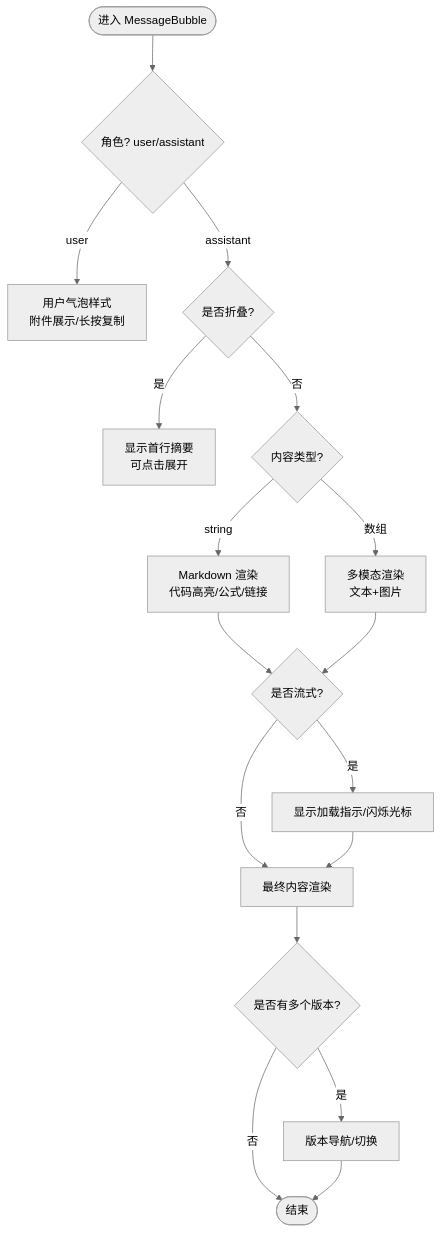
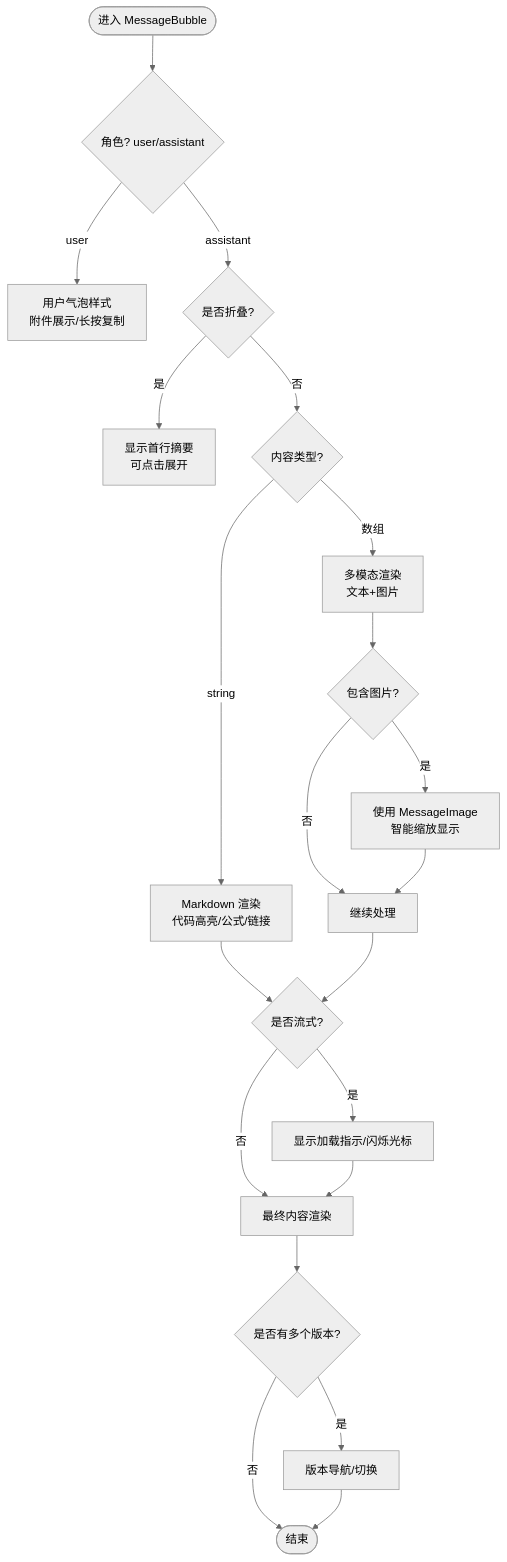
The fourth of 8 diagrams in .qoder/repowiki/zh/content/架构设计/组件架构设计/功能面板组件/聊天面板组件/消息渲染系统.md (billye220670/AIShop), drawn with Mermaid (neutral theme) before and after one commit. The commit also changed other lines of this file and 30 other files, not shown here.

Commit message:
docs: 同步 repowiki 知识库重组（图片压缩工具与消息渲染模块文档）

````diff
--- a/.qoder/repowiki/zh/content/架构设计/组件架构设计/功能面板组件/聊天面板组件/消息渲染系统.md
+++ b/.qoder/repowiki/zh/content/架构设计/组件架构设计/功能面板组件/聊天面板组件/消息渲染系统.md
@@ -187,19 +262,23 @@
 ```mermaid
 flowchart TD
 Start(["进入 MessageBubble"]) --> Role{"角色? user/assistant"}
 Role --> |user| UserUI["用户气泡样式<br/>附件展示/长按复制"]
 Role --> |assistant| Mode{"是否折叠?"}
 Mode --> |是| Folded["显示首行摘要<br/>可点击展开"]
 Mode --> |否| Content{"内容类型?"}
 Content --> |string| MD["Markdown 渲染<br/>代码高亮/公式/链接"]
 Content --> |数组| Multi["多模态渲染<br/>文本+图片"]
+Multi --> ImageCheck{"包含图片?"}
+ImageCheck --> |是| UseMI["使用 MessageImage<br/>智能缩放显示"]
+ImageCheck --> |否| Continue["继续处理"]
+UseMI --> Continue
 MD --> Stream{"是否流式?"}
-Multi --> Stream
+Continue --> Stream
 Stream --> |是| Load["显示加载指示/闪烁光标"]
 Stream --> |否| Final["最终内容渲染"]
 Load --> Final
 Final --> Versions{"是否有多个版本?"}
 Versions --> |是| Nav["版本导航/切换"]
 Versions --> |否| End(["结束"])
 Nav --> End
 ```
````
